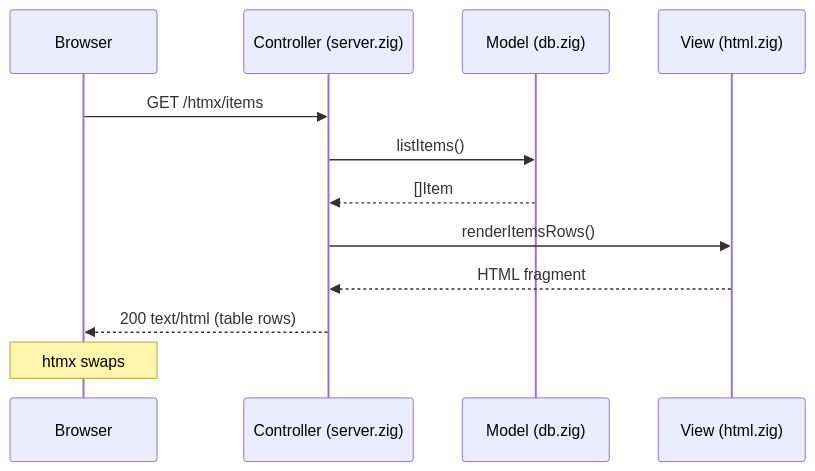
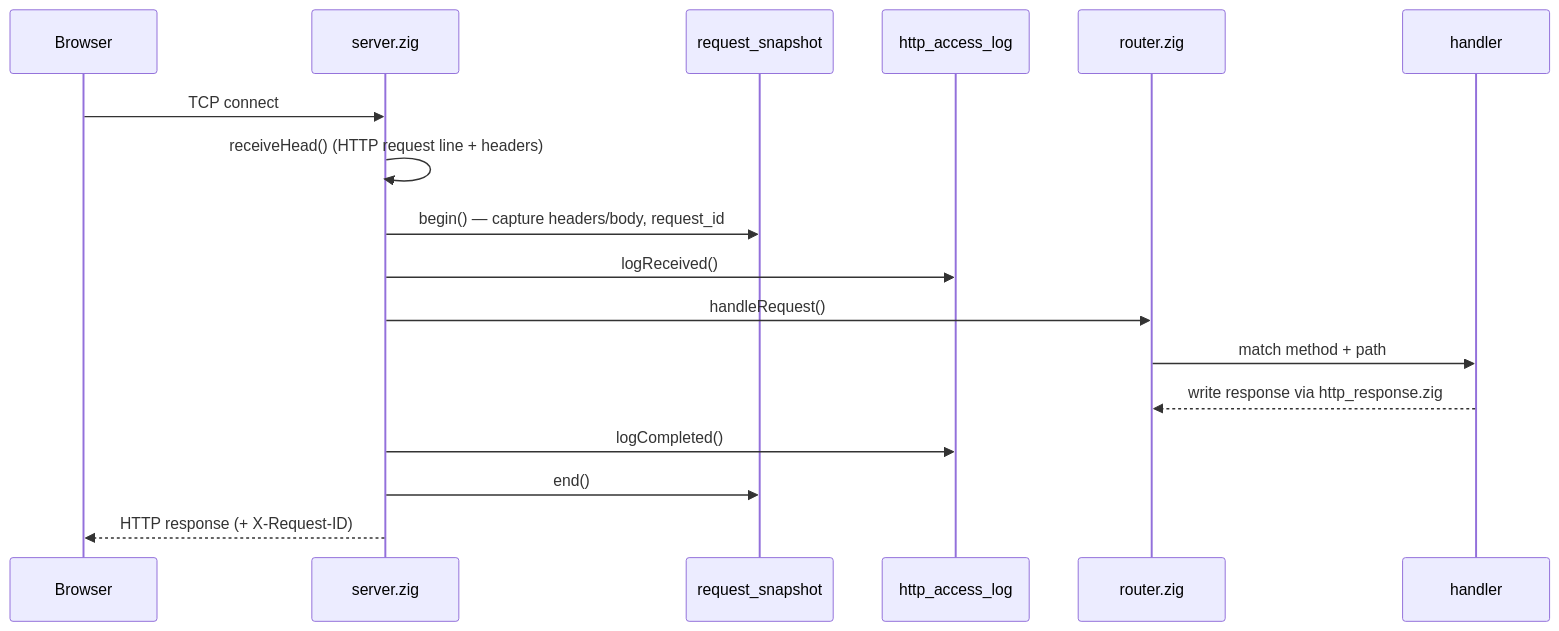
The sixth of 7 diagrams in apps/zig/README.md (tiagoyamashita/webserver-benchmark), drawn with Mermaid before and after one commit. The commit also changed other lines of this file and 73 other files, not shown here.

````diff
--- a/apps/zig/README.md
+++ b/apps/zig/README.md
@@ -20,15 +199,20 @@
 ```mermaid
 sequenceDiagram
     participant Browser
-    participant server.zig as Controller (server.zig)
-    participant db.zig as Model (db.zig)
-    participant html.zig as View (html.zig)
+    participant server.zig
+    participant request_snapshot
+    participant http_access_log
+    participant router.zig
+    participant handler
 
-    Browser->>server.zig: GET /htmx/items
-    server.zig->>db.zig: listItems()
-    db.zig-->>server.zig: []Item
-    server.zig->>html.zig: renderItemsRows()
-    html.zig-->>server.zig: HTML fragment
-    server.zig-->>Browser: 200 text/html (table rows)
-    Note over Browser: htmx swaps #items-body innerHTML
+    Browser->>server.zig: TCP connect
+    server.zig->>server.zig: receiveHead() (HTTP request line + headers)
+    server.zig->>request_snapshot: begin() — capture headers/body, request_id
+    server.zig->>http_access_log: logReceived()
+    server.zig->>router.zig: handleRequest()
+    router.zig->>handler: match method + path
+    handler-->>router.zig: write response via http_response.zig
+    server.zig->>http_access_log: logCompleted()
+    server.zig->>request_snapshot: end()
+    server.zig-->>Browser: HTTP response (+ X-Request-ID)
 ```
````
